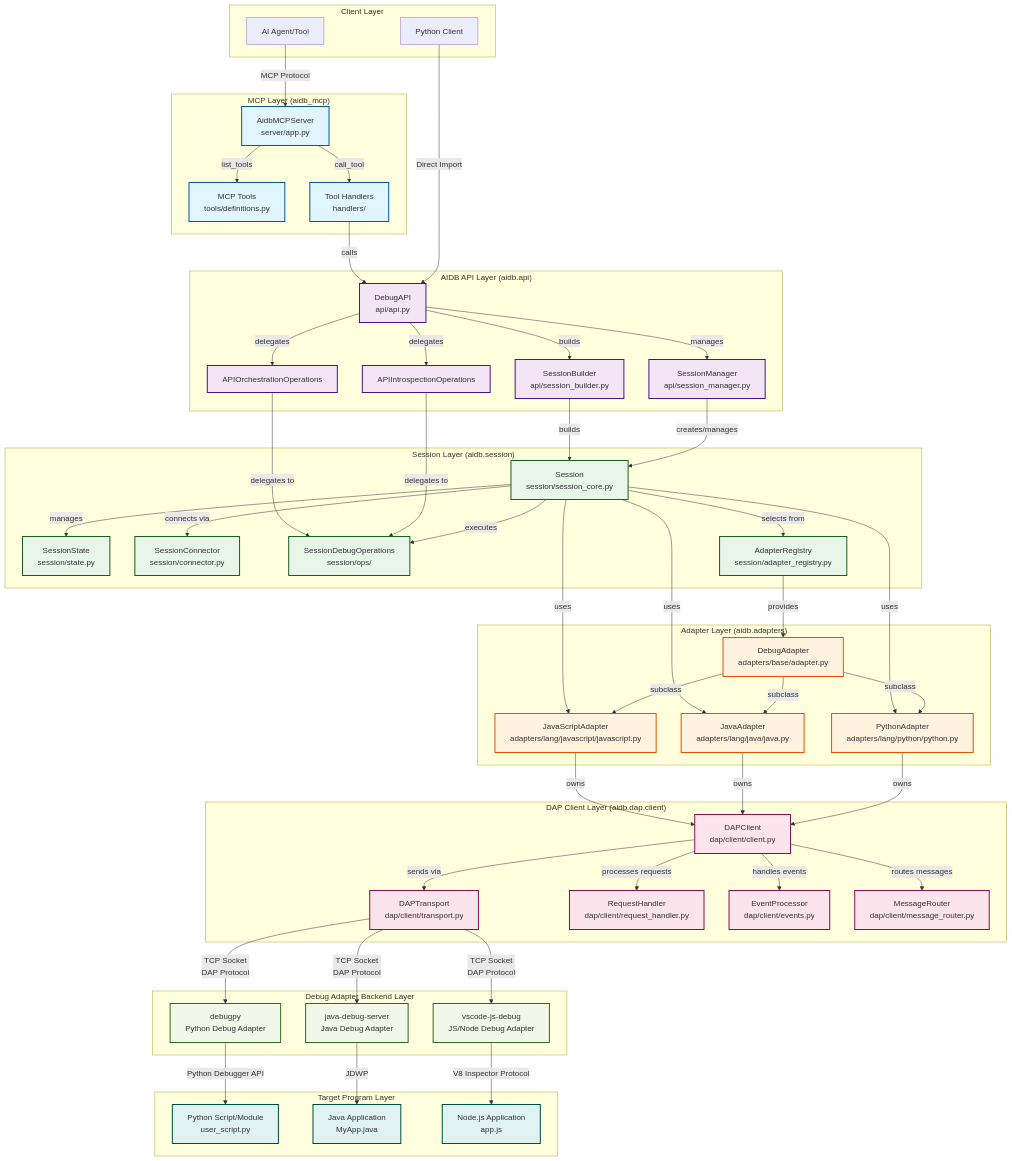
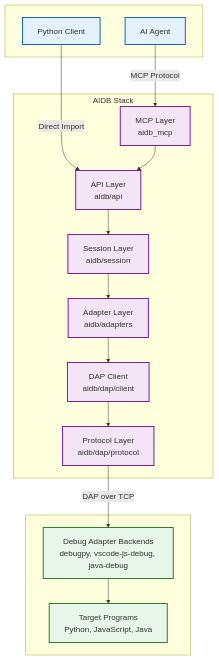
The diagram in docs/developer-guide/overview.md (ai-debugger-inc/aidb), drawn with Mermaid before and after one commit. The commit also changed other lines of this file and 65 other files, not shown here.

````diff
--- a/docs/developer-guide/overview.md
+++ b/docs/developer-guide/overview.md
@@ -21,129 +22,39 @@
 ```mermaid
 graph TB
-    subgraph "Client Layer"
-        Agent[AI Agent/Tool]
+    subgraph Clients [" "]
+        Agent[AI Agent]
         PythonClient[Python Client]
     end
 
-    subgraph "MCP Layer (aidb_mcp)"
-        MCPServer[AidbMCPServer<br/>server/app.py]
-        MCPTools[MCP Tools<br/>tools/definitions.py]
-        MCPHandlers[Tool Handlers<br/>handlers/]
-
-        MCPServer -->|list_tools| MCPTools
-        MCPServer -->|call_tool| MCPHandlers
+    subgraph AIDB ["AIDB Stack"]
+        MCP[MCP Layer<br/>aidb_mcp]
+        API[API Layer<br/>aidb/api]
+        Session[Session Layer<br/>aidb/session]
+        Adapters[Adapter Layer<br/>aidb/adapters]
+        DAPClient[DAP Client<br/>aidb/dap/client]
+        Protocol[Protocol Layer<br/>aidb/dap/protocol]
     end
 
-    subgraph "AIDB API Layer (aidb.api)"
-        DebugAPI[DebugAPI<br/>api/api.py]
-        SessionManager[SessionManager<br/>api/session_manager.py]
-        SessionBuilder[SessionBuilder<br/>api/session_builder.py]
-        APIIntrospection[APIIntrospectionOperations]
-        APIOrchestration[APIOrchestrationOperations]
-
-        DebugAPI -->|manages| SessionManager
-        DebugAPI -->|builds| SessionBuilder
-        DebugAPI -->|delegates| APIIntrospection
-        DebugAPI -->|delegates| APIOrchestration
+    subgraph External [" "]
+        Backends[Debug Adapter Backends<br/>debugpy, vscode-js-debug, java-debug]
+        Targets[Target Programs<br/>Python, JavaScript, Java]
     end
 
-    subgraph "Session Layer (aidb.session)"
-        Session[Session<br/>session/session_core.py]
-        SessionState[SessionState<br/>session/state.py]
-        SessionConnector[SessionConnector<br/>session/connector.py]
-        SessionOps[SessionDebugOperations<br/>session/ops/]
-        AdapterRegistry[AdapterRegistry<br/>session/adapter_registry.py]
+    Agent -->|MCP Protocol| MCP
+    PythonClient -->|Direct Import| API
+    MCP --> API
+    API --> Session
+    Session --> Adapters
+    Adapters --> DAPClient
+    DAPClient --> Protocol
+    Protocol -->|DAP over TCP| Backends
+    Backends --> Targets
 
-        Session -->|manages| SessionState
-        Session -->|connects via| SessionConnector
-        Session -->|executes| SessionOps
-        Session -->|selects from| AdapterRegistry
-    end
+    classDef clientStyle fill:#e3f2fd,stroke:#1565c0,stroke-width:2px
+    classDef aidbStyle fill:#f3e5f5,stroke:#7b1fa2,stroke-width:2px
+    classDef extStyle fill:#e8f5e9,stroke:#2e7d32,stroke-width:2px
 
-    subgraph "Adapter Layer (aidb.adapters)"
-        BaseAdapter[DebugAdapter<br/>adapters/base/adapter.py]
-        PythonAdapter[PythonAdapter<br/>adapters/lang/python/python.py]
-        JavaAdapter[JavaAdapter<br/>adapters/lang/java/java.py]
-        JSAdapter[JavaScriptAdapter<br/>adapters/lang/javascript/javascript.py]
-
-        AdapterRegistry -->|provides| BaseAdapter
-        BaseAdapter -->|subclass| PythonAdapter
-        BaseAdapter -->|subclass| JavaAdapter
-        BaseAdapter -->|subclass| JSAdapter
-    end
-
-    subgraph "DAP Client Layer (aidb.dap.client)"
-        DAPClient[DAPClient<br/>dap/client/client.py]
-        Transport[DAPTransport<br/>dap/client/transport.py]
-        RequestHandler[RequestHandler<br/>dap/client/request_handler.py]
-        EventProcessor[EventProcessor<br/>dap/client/events.py]
-        MessageRouter[MessageRouter<br/>dap/client/message_router.py]
-
-        DAPClient -->|sends via| Transport
-        DAPClient -->|processes requests| RequestHandler
-        DAPClient -->|handles events| EventProcessor
-        DAPClient -->|routes messages| MessageRouter
-    end
-
-    subgraph "Debug Adapter Backend Layer"
-        Debugpy[debugpy<br/>Python Debug Adapter]
-        JavaDebugServer[java-debug-server<br/>Java Debug Adapter]
-        NodeDebugAdapter[vscode-js-debug<br/>JS/Node Debug Adapter]
-    end
-
-    subgraph "Target Program Layer"
-        PythonDebuggee[Python Script/Module<br/>user_script.py]
-        JavaDebuggee[Java Application<br/>MyApp.java]
-        JSDebuggee[Node.js Application<br/>app.js]
-    end
-
-    %% Client to MCP Layer
-    Agent -->|MCP Protocol| MCPServer
-    PythonClient -->|Direct Import| DebugAPI
-
-    %% MCP to API Layer
-    MCPHandlers -->|calls| DebugAPI
-
-    %% API to Session Layer
-    SessionManager -->|creates/manages| Session
-    SessionBuilder -->|builds| Session
-    APIIntrospection -->|delegates to| SessionOps
-    APIOrchestration -->|delegates to| SessionOps
-
-    %% Session to Adapter Layer
-    Session -->|uses| PythonAdapter
-    Session -->|uses| JavaAdapter
-    Session -->|uses| JSAdapter
-
-    %% Adapter to DAP Client Layer
-    PythonAdapter -->|owns| DAPClient
-    JavaAdapter -->|owns| DAPClient
-    JSAdapter -->|owns| DAPClient
-
-    %% DAP Client to Debug Adapter Backend
-    Transport -->|TCP Socket<br/>DAP Protocol| Debugpy
-    Transport -->|TCP Socket<br/>DAP Protocol| JavaDebugServer
-    Transport -->|TCP Socket<br/>DAP Protocol| NodeDebugAdapter
-
-    %% Debug Adapter Backend to Debuggee
-    Debugpy -->|Python Debugger API| PythonDebuggee
-    JavaDebugServer -->|JDWP| JavaDebuggee
-    NodeDebugAdapter -->|V8 Inspector Protocol| JSDebuggee
-
-    %% Styling
-    classDef mcpLayer fill:#e1f5ff,stroke:#01579b,stroke-width:2px
-    classDef apiLayer fill:#f3e5f5,stroke:#4a148c,stroke-width:2px
-    classDef sessionLayer fill:#e8f5e9,stroke:#1b5e20,stroke-width:2px
-    classDef adapterLayer fill:#fff3e0,stroke:#e65100,stroke-width:2px
-    classDef dapLayer fill:#fce4ec,stroke:#880e4f,stroke-width:2px
-    classDef backendLayer fill:#f1f8e9,stroke:#33691e,stroke-width:2px
-    classDef debuggeeLayer fill:#e0f2f1,stroke:#004d40,stroke-width:2px
-
-    class MCPServer,MCPTools,MCPHandlers mcpLayer
-    class DebugAPI,SessionManager,SessionBuilder,APIIntrospection,APIOrchestration apiLayer
-    class Session,SessionState,SessionConnector,SessionOps,AdapterRegistry sessionLayer
-    class BaseAdapter,PythonAdapter,JavaAdapter,JSAdapter adapterLayer
-    class DAPClient,Transport,RequestHandler,EventProcessor,MessageRouter dapLayer
-    class Debugpy,JavaDebugServer,NodeDebugAdapter backendLayer
-    class PythonDebuggee,JavaDebuggee,JSDebuggee debuggeeLayer
+    class Agent,PythonClient clientStyle
+    class MCP,API,Session,Adapters,DAPClient,Protocol aidbStyle
+    class Backends,Targets extStyle
 ```
````
